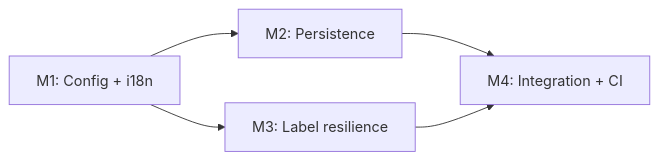
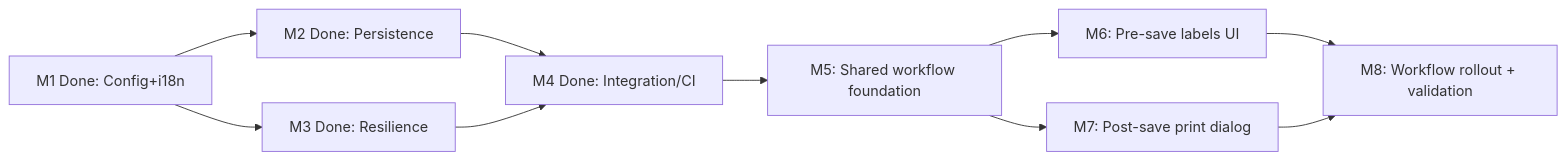
One commit to DIGI-UW/OpenELIS-Global-2 changed the diagram in specs/OGC-284-barcode-label-quantity-management/plan.md. Above: the diagram before and after it, drawn with Mermaid. The commit also changed other lines of this file and 9 other files, not shown here.

````diff
--- a/specs/OGC-284-barcode-label-quantity-management/plan.md
+++ b/specs/OGC-284-barcode-label-quantity-management/plan.md
@@ -88,7 +156,12 @@
 ```mermaid
 graph LR
-    M1[M1: Config + i18n] --> M2[M2: Persistence]
-    M1 --> M3[M3: Label resilience]
-    M2 --> M4[M4: Integration + CI]
+    M1[M1 Done: Config+i18n] --> M2[M2 Done: Persistence]
+    M1 --> M3[M3 Done: Resilience]
+    M2 --> M4[M4 Done: Integration/CI]
     M3 --> M4
+    M4 --> M5[M5: Shared workflow foundation]
+    M5 --> M6[M6: Pre-save labels UI]
+    M5 --> M7[M7: Post-save print dialog]
+    M6 --> M8[M8: Workflow rollout + validation]
+    M7 --> M8
 ```
````
